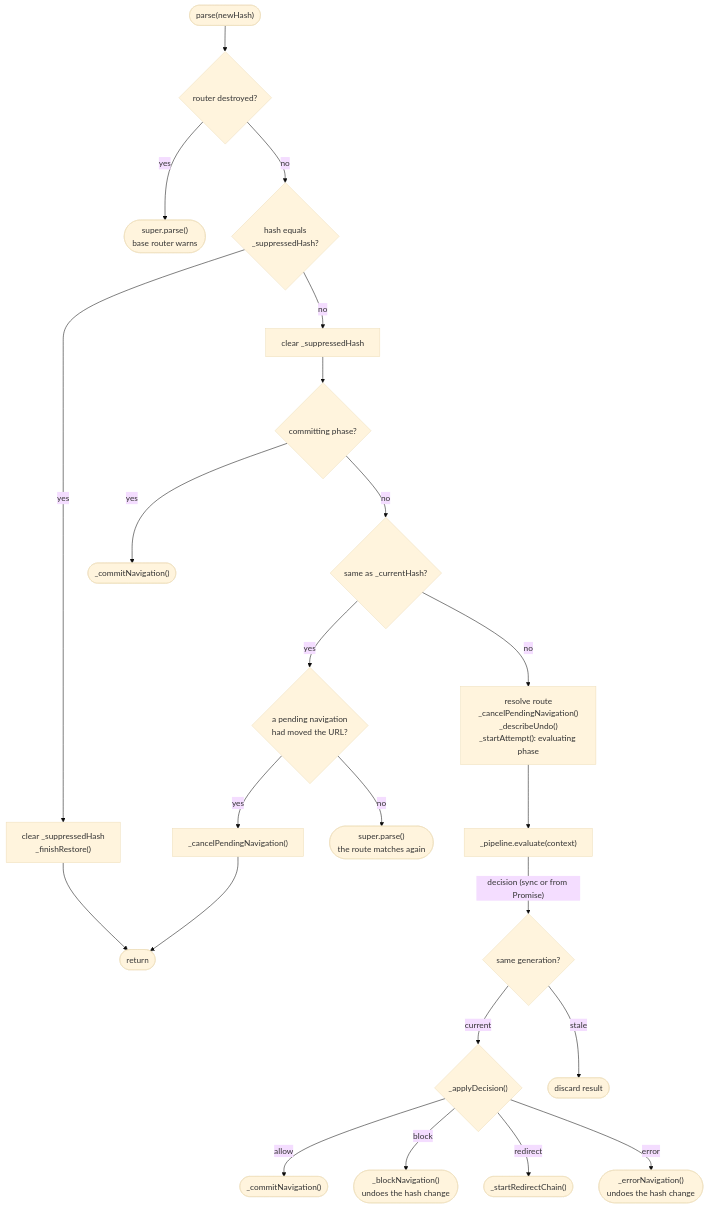
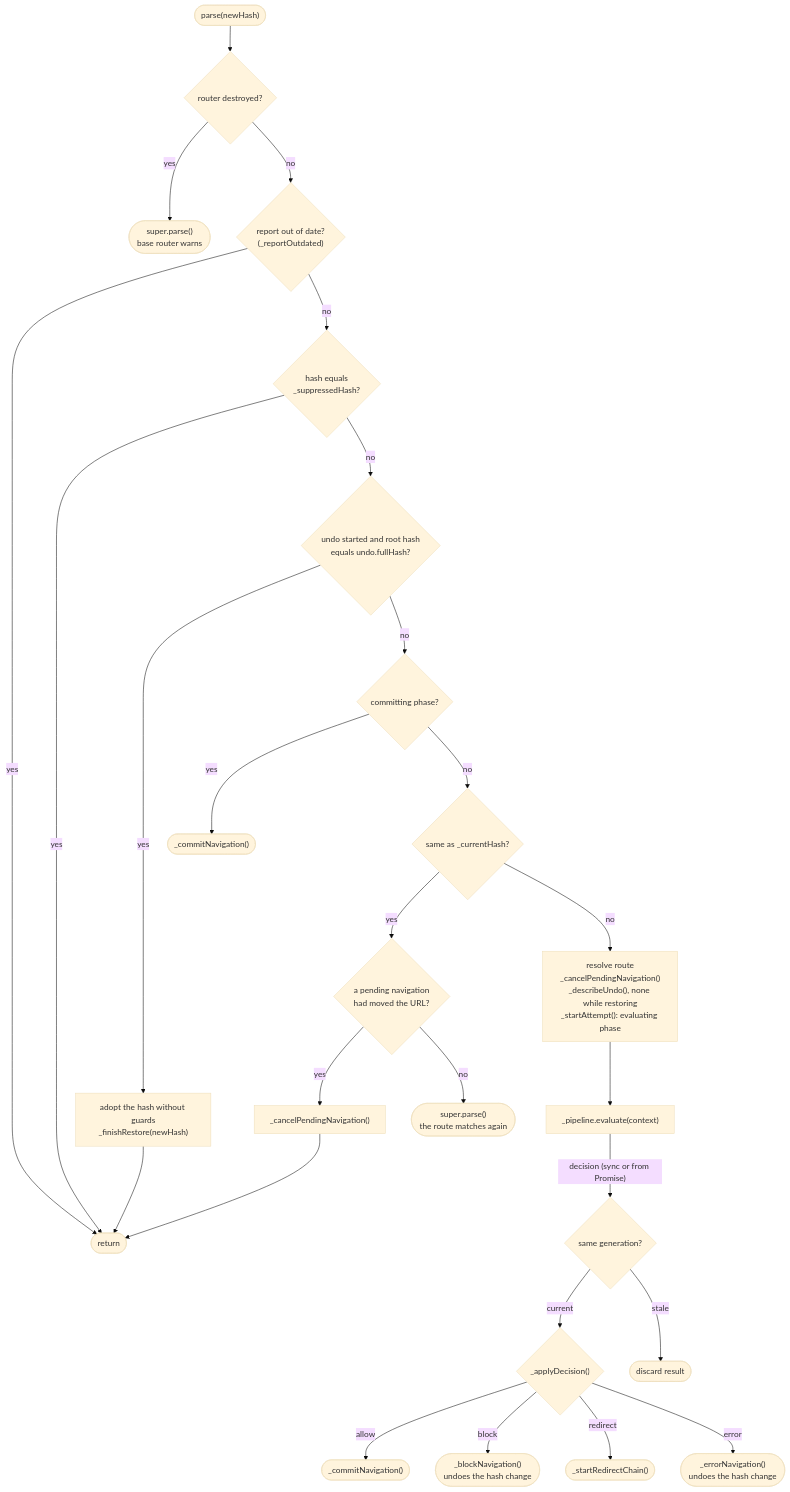
The first of 9 diagrams in docs/reference/architecture.md (wridgeu/ui5-lib-guard-router), drawn with Mermaid (base theme) before and after one commit. The commit also changed other lines of this file and 4 other files, not shown here.

First line of the commit message:
docs: diagrams for every navigation behaviour, a cited parity table

````diff
--- a/docs/reference/architecture.md
+++ b/docs/reference/architecture.md
@@ -191,24 +191,28 @@
 ```mermaid
 flowchart TD
     start(["parse(newHash)"]) --> destroyed{"router destroyed?"}
     destroyed -- "yes" --> warn(["super.parse()<br/>base router warns"])
-    destroyed -- "no" --> suppress{"hash equals<br/>_suppressedHash?"}
-    suppress -- "yes" --> sclear["clear _suppressedHash<br/>_finishRestore()"] --> ret(["return"])
-    suppress -- "no" --> sclear2["clear _suppressedHash"] --> redir{committing phase?}
+    destroyed -- "no" --> outdated{"report out of date?<br/>(_reportOutdated)"}
+    outdated -- "yes" --> ret(["return"])
+    outdated -- "no" --> suppress{"hash equals<br/>_suppressedHash?"}
+    suppress -- "yes" --> ret
+    suppress -- "no" --> back{"undo started and root hash<br/>equals undo.fullHash?"}
+    back -- "yes" --> adopt["adopt the hash without guards<br/>_finishRestore(newHash)"] --> ret
+    back -- "no" --> redir{committing phase?}
     redir -- "yes" --> bypass(["_commitNavigation()"])
     redir -- "no" --> samehash{same as _currentHash?}
     samehash -- "yes" --> moved{"a pending navigation<br/>had moved the URL?"}
     moved -- "yes" --> canceldup["_cancelPendingNavigation()"] --> ret
     moved -- "no" --> match(["super.parse()<br/>the route matches again"])
-    samehash -- "no" --> setup["resolve route<br/>_cancelPendingNavigation()<br/>_describeUndo()<br/>_startAttempt(): evaluating phase"]
+    samehash -- "no" --> setup["resolve route<br/>_cancelPendingNavigation()<br/>_describeUndo(), none while restoring<br/>_startAttempt(): evaluating phase"]
 
     setup --> evaluate["_pipeline.evaluate(context)"]
     evaluate -- "decision (sync or from Promise)" --> stale{"same generation?"}
     stale -- "current" --> apply{"_applyDecision()"}
     stale -- "stale" --> discard(["discard result"])
 
     apply -- "allow" --> commit(["_commitNavigation()"])
     apply -- "block" --> block(["_blockNavigation()<br/>undoes the hash change"])
     apply -- "redirect" --> redirect(["_startRedirectChain()"])
     apply -- "error" --> errornav(["_errorNavigation()<br/>undoes the hash change"])
 ```
````
